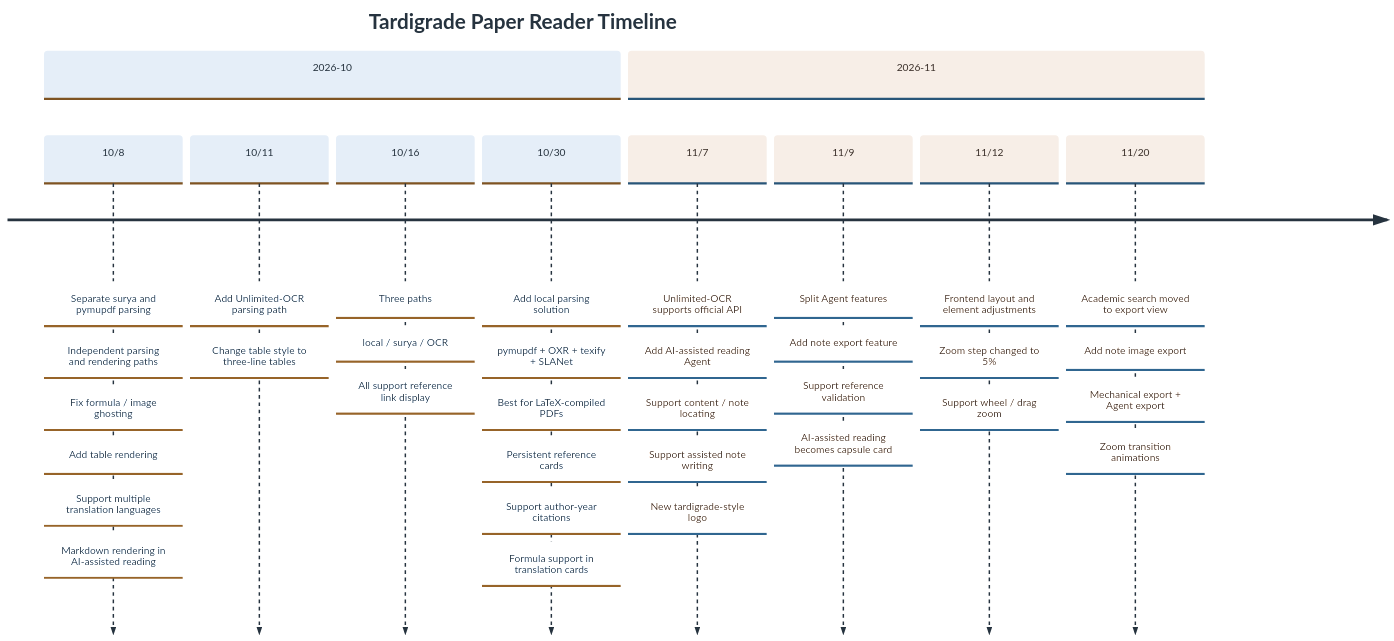
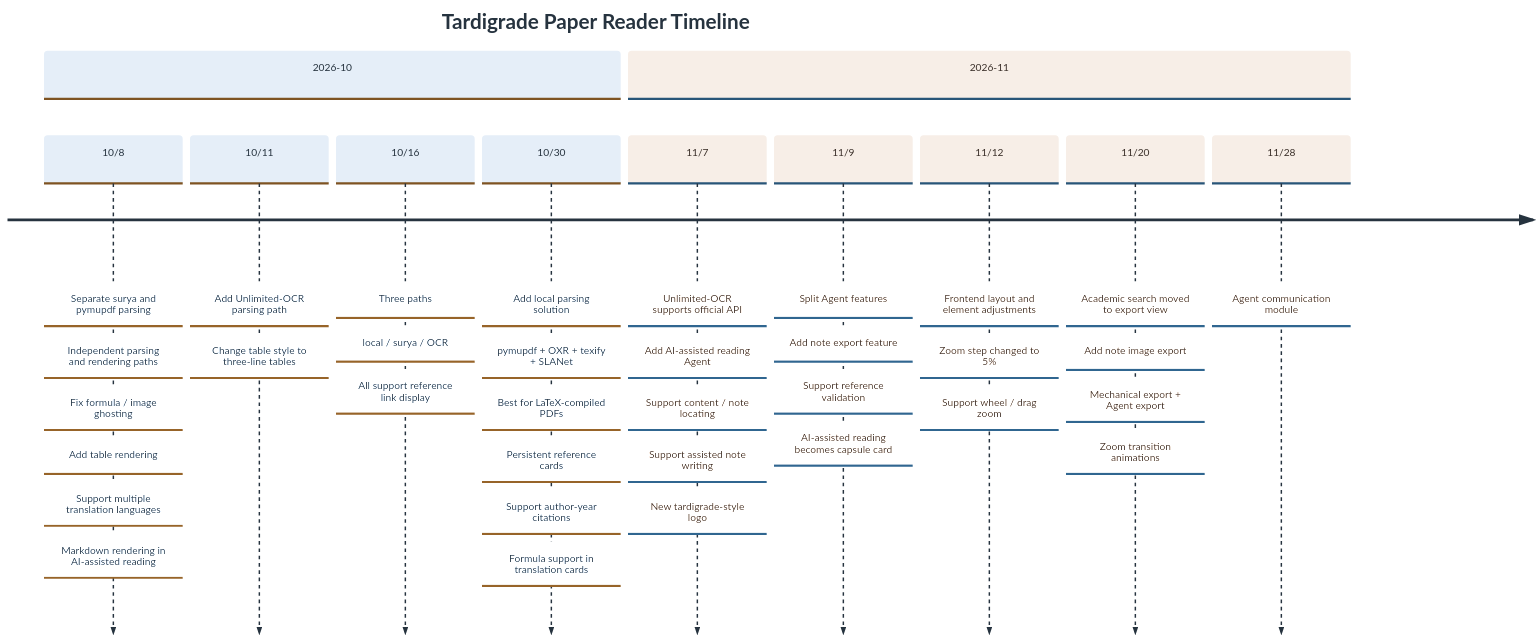
Before and after one commit to MarcYugo/tardigrade-paper-reader: the first of 2 diagrams in README_en.md, drawn with Mermaid. The commit also changed other lines of this file and 109 other files, not shown here.

Commit message:
Add agent communication service

````diff
--- a/README_en.md
+++ b/README_en.md
@@ -9,55 +11,56 @@
 ```mermaid
 %%{init: {
   "theme": "base",
   "themeVariables": {
     "fontFamily": "Segoe UI, Microsoft YaHei, PingFang SC, sans-serif",
     "fontSize": "14px",
     "primaryColor": "#eef4fa",
     "primaryTextColor": "#26333f",
     "primaryBorderColor": "#d3e0ee",
     "lineColor": "#c9d8e8",
     "textColor": "#26333f",
     "cScale0": "#e5eef8",
     "cScale1": "#f7eee7",
     "cScaleLabel0": "#26333f",
     "cScaleLabel1": "#3b302a"
   },
   "themeCSS": ".timeline text { fill: #26333f !important; font-size: 14px !important; font-weight: 500 !important; line-height: 1.5 !important; } .timeline .section-title, .timeline text.sectionTitle, .timeline .section { fill: currentColor !important; opacity: 0.65 !important; font-weight: 600 !important; } .timeline-node circle { fill: #eef4fa !important; stroke: #bcd1e6 !important; } .timeline-node line, .timeline .lineWrapper line { stroke: currentColor !important; opacity: 0.25 !important; } .timeline-title, .timeline text.timeline-title, text.timeline-title, .chartTitleText, .flowchartTitleText, text.title { fill: currentColor !important; font-size: 17px !important; font-weight: 600 !important; }"
 }}%%
 timeline
     title Tardigrade Paper Reader Timeline
     section 2026-10
         10/8 : Separate surya and pymupdf parsing
              : Independent parsing and rendering paths
              : Fix formula / image ghosting
              : Add table rendering
              : Support multiple translation languages
              : Markdown rendering in AI-assisted reading
         10/11 : Add Unlimited-OCR parsing path
               : Change table style to three-line tables
         10/16 : Three paths: local / surya / OCR
               : All support reference link display
         10/30 : Add local parsing solution
               : pymupdf + OXR + texify + SLANet
               : Best for LaTeX-compiled PDFs
               : Persistent reference cards
               : Support author-year citations
               : Formula support in translation cards
     section 2026-11
         11/7 : Unlimited-OCR supports official API
              : Add AI-assisted reading Agent
              : Support content / note locating
              : Support assisted note writing
              : New tardigrade-style logo
         11/9 : Split Agent features
              : Add note export feature
              : Support reference validation
              : AI-assisted reading becomes capsule card
         11/12 : Frontend layout and element adjustments
               : Zoom step changed to 5%
               : Support wheel / drag zoom
         11/20 : Academic search moved to export view
               : Add note image export
               : Mechanical export + Agent export
               : Zoom transition animations
+        11/28 : Agent communication module
 ```
````
